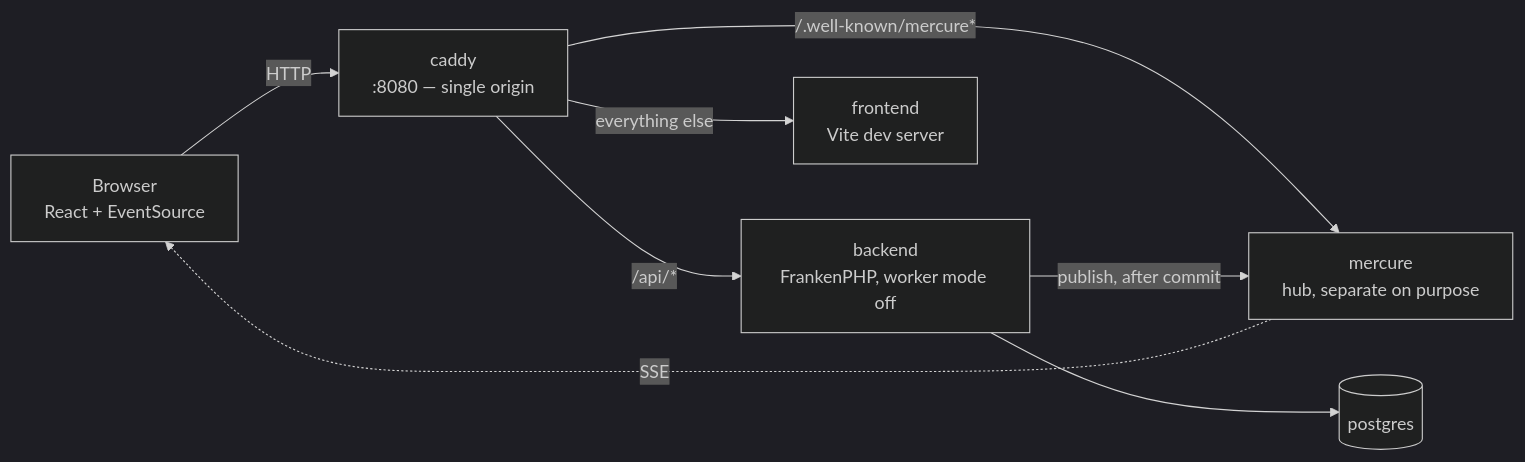
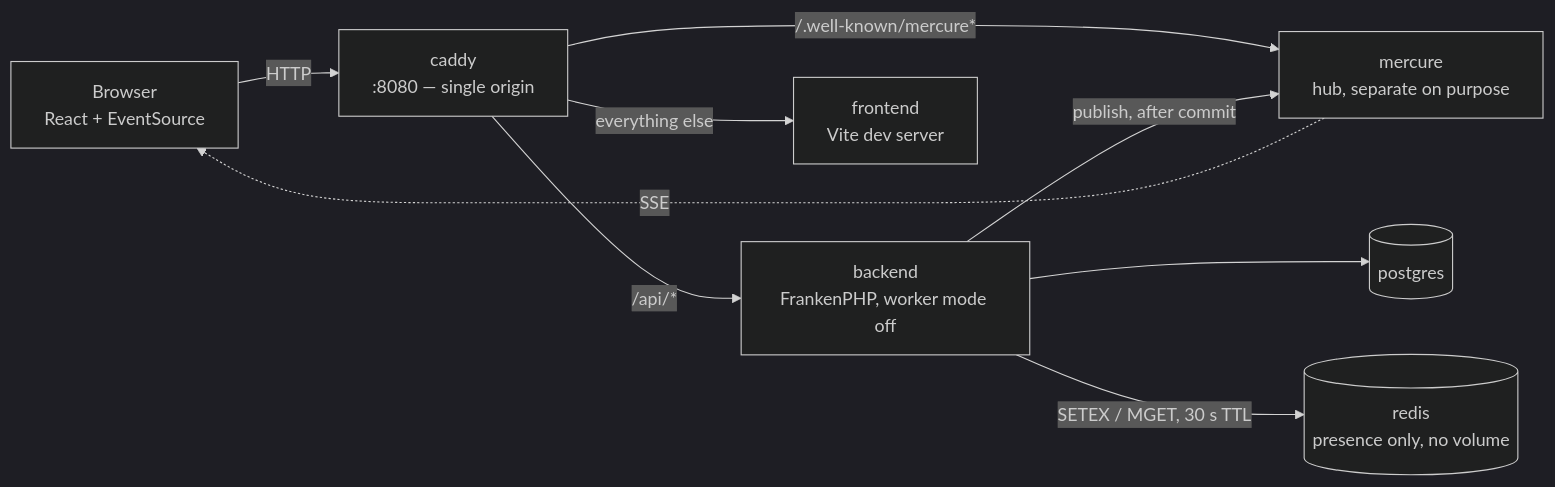
One commit to nicolas-canfrere/instant-messaging changed the diagram in README.md. Above: the diagram before and after it, drawn with Mermaid (dark theme). The commit also changed other lines of this file, not shown here.

Commit message:
docs(readme): decrire les statuts et la presence de la tranche 2

````diff
--- a/README.md
+++ b/README.md
@@ -63,16 +72,18 @@
 ```mermaid
 flowchart LR
     Browser["Browser<br/>React + EventSource"]
     Caddy["caddy<br/>:8080 — single origin"]
     Backend["backend<br/>FrankenPHP, worker mode off"]
     Mercure["mercure<br/>hub, separate on purpose"]
     Postgres[("postgres")]
+    Redis[("redis<br/>presence only, no volume")]
 
     Browser -->|"HTTP"| Caddy
     Caddy -->|"/api/*"| Backend
     Caddy -->|"/.well-known/mercure*"| Mercure
     Caddy -->|"everything else"| Vite["frontend<br/>Vite dev server"]
     Backend -->|"publish, after commit"| Mercure
     Backend --> Postgres
+    Backend -->|"SETEX / MGET, 30 s TTL"| Redis
     Mercure -.->|"SSE"| Browser
 ```
````
